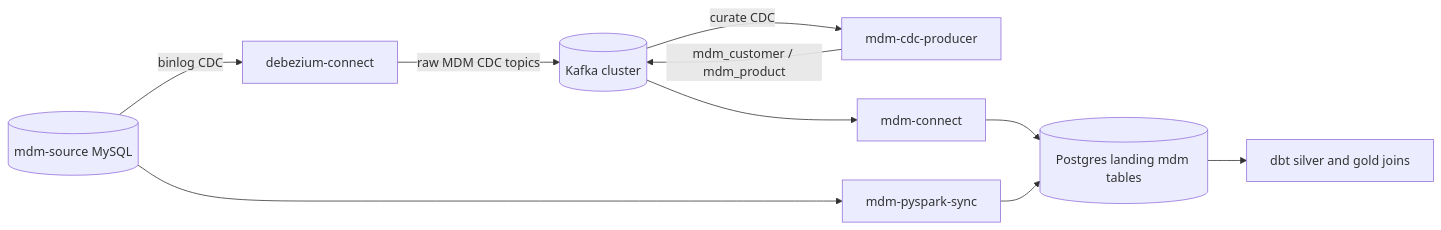
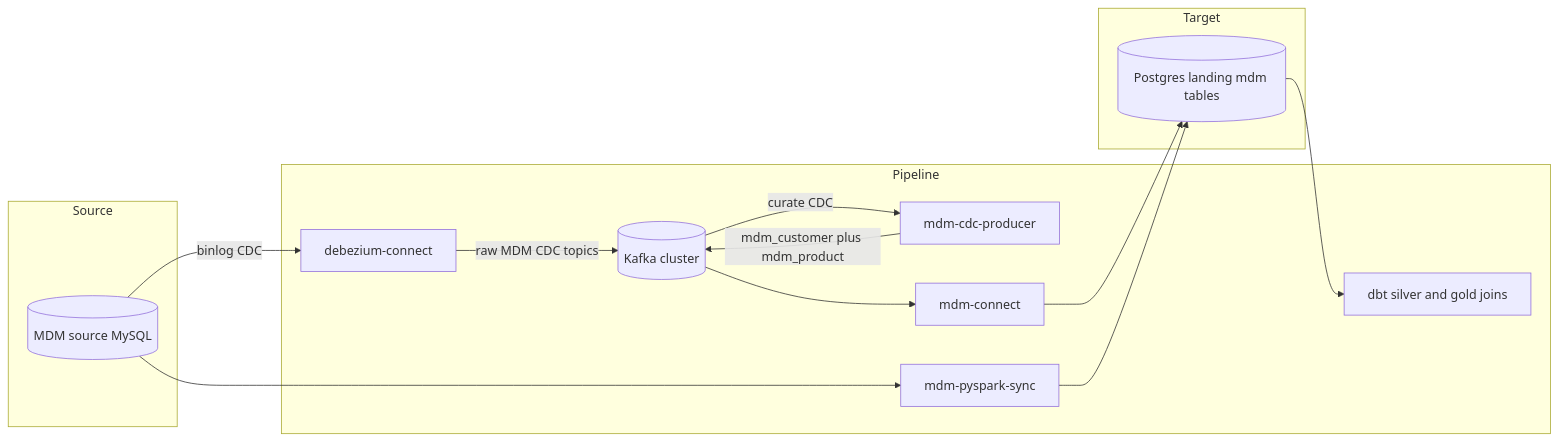
One commit to paulchen8206/Full-Stack-Modern-Data-Architecture-and-Engineering changed the fourth of 9 diagrams in docs/architecture.md. Above: the diagram before and after it, drawn with Mermaid. The commit also changed other lines of this file, not shown here.

````diff
--- a/docs/architecture.md
+++ b/docs/architecture.md
@@ -457,16 +488,29 @@
 ```mermaid
 flowchart LR
-  M[(mdm-source MySQL)] -->|binlog CDC| DBZ[debezium-connect]
-  DBZ -->|raw MDM CDC topics| K[(Kafka cluster)]
+  subgraph S2[Source]
+    M[(MDM source MySQL)]
+  end
 
-  K -->|curate CDC| MCP[mdm-cdc-producer]
-  MCP -->|mdm_customer / mdm_product| K
+  subgraph P2[Pipeline]
+    DBZ[debezium-connect]
+    K[(Kafka cluster)]
+    MCP[mdm-cdc-producer]
+    MDMK[mdm-connect]
+    SP[mdm-pyspark-sync]
+    DBT[dbt silver and gold joins]
+  end
 
-  K --> MDMK[mdm-connect]
-  MDMK --> PG[(Postgres landing mdm tables)]
+  subgraph T2[Target]
+    PG[(Postgres landing mdm tables)]
+  end
 
-  M --> SP[mdm-pyspark-sync]
+  M -->|binlog CDC| DBZ
+  DBZ -->|raw MDM CDC topics| K
+  K -->|curate CDC| MCP
+  MCP -->|mdm_customer plus mdm_product| K
+  K --> MDMK
+  MDMK --> PG
+  M --> SP
   SP --> PG
-
-  PG --> DBT[dbt silver and gold joins]
+  PG --> DBT
 ```
````
